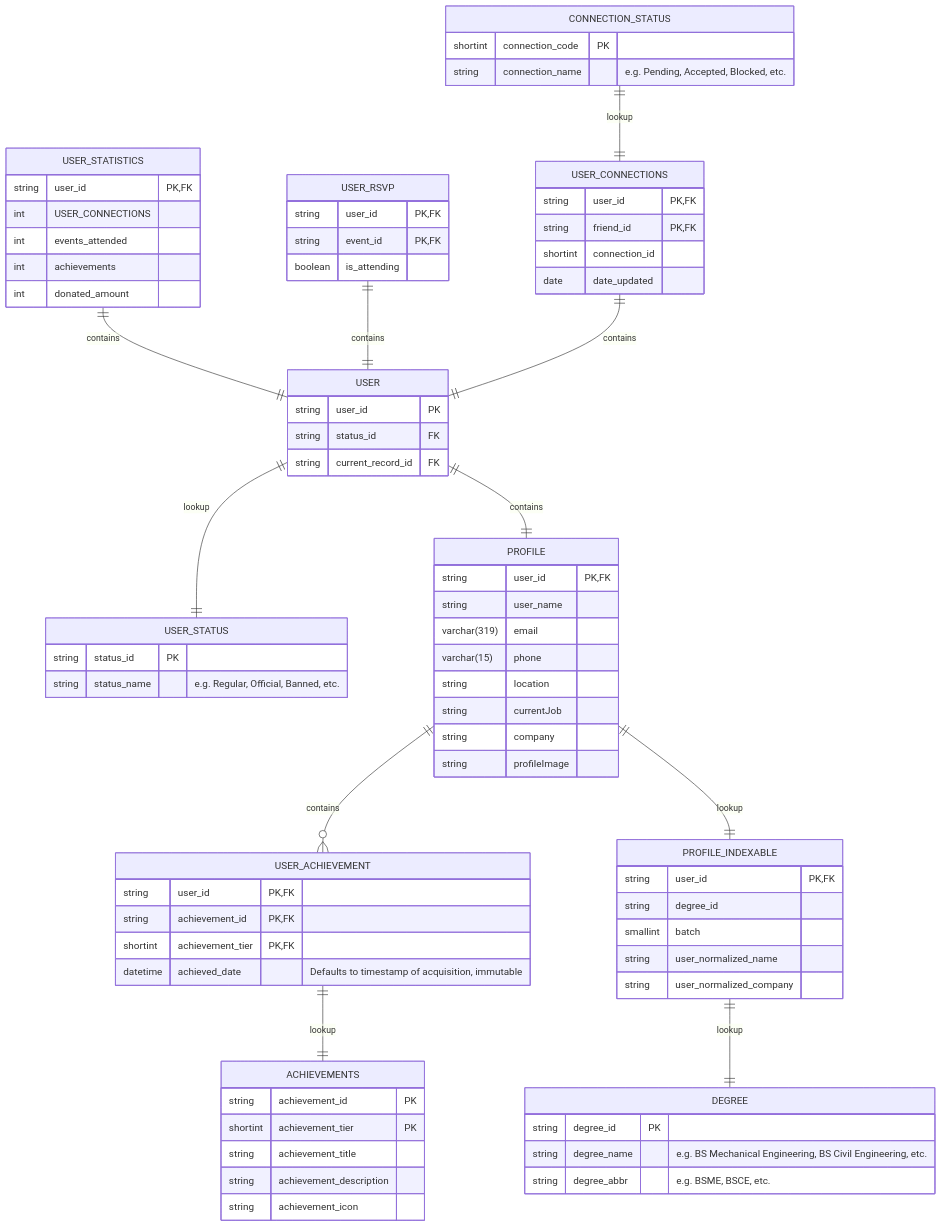
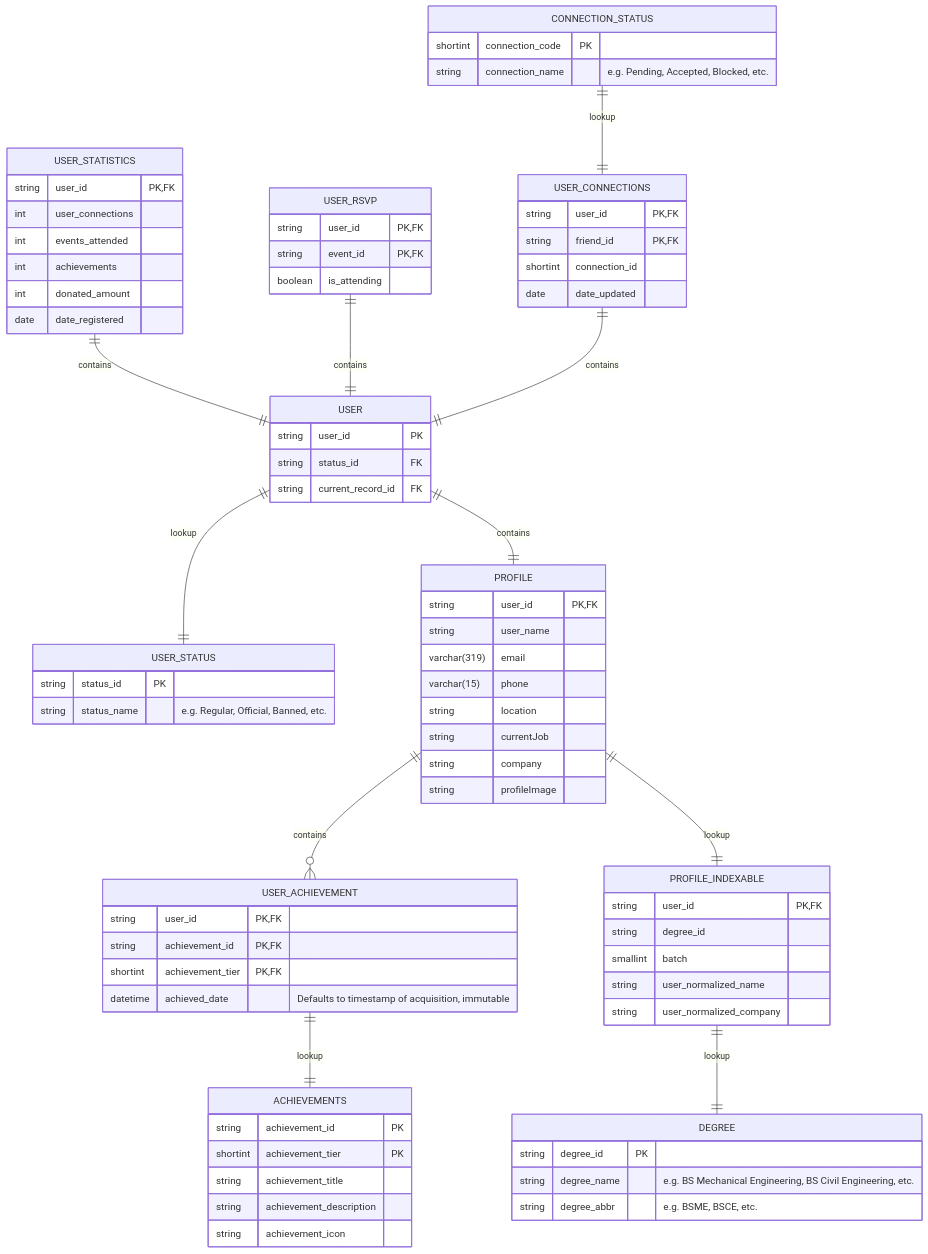
Before and after one commit to joepatricio/sd3-alumni: the diagram in diagrams/personalData.mmd, drawn with Mermaid. The commit also changed 32 other files, not shown here.

```diff
--- a/diagrams/personalData.mmd
+++ b/diagrams/personalData.mmd
@@ -1,87 +1,87 @@
 %% Diagram focuses on the profile-related data
 %% Implement in userMockData.tsx
 erDiagram
     USER ||--|| USER_STATUS : lookup
     USER ||--|| PROFILE: contains
     USER_STATISTICS ||--|| USER: contains
     PROFILE ||--o{ USER_ACHIEVEMENT: contains
     USER_RSVP ||--|| USER: contains
     USER_CONNECTIONS ||--|| USER: contains
     CONNECTION_STATUS ||--|| USER_CONNECTIONS: lookup
     PROFILE_INDEXABLE ||--|| DEGREE: lookup
     PROFILE ||--|| PROFILE_INDEXABLE: lookup
     USER_ACHIEVEMENT ||--|| ACHIEVEMENTS: lookup
     %% Other systems described in other diagrams
     %% USER 1--1+ RECORDS: maintains
     %% USER 1--0+ CONTENT: creates
-    %% USER 1--0+ DONATIONS: makes
 
     %% 1XX - Degree-related
     DEGREE {
         string degree_id PK
         string degree_name "e.g. BS Mechanical Engineering, BS Civil Engineering, etc."
         string degree_abbr "e.g. BSME, BSCE, etc."
     }
     %% 2XX - USER_CONNECTIONS status
     CONNECTION_STATUS {
         shortint connection_code PK
         string connection_name "e.g. Pending, Accepted, Blocked, etc."
     }
     %% 4XX - User-related
     USER_STATUS {
         string status_id PK
         string status_name "e.g. Regular, Official, Banned, etc."
     }
     USER {
         string user_id PK
         string status_id FK
         string current_record_id FK
     }
     USER_ACHIEVEMENT {
         string user_id PK,FK
         string achievement_id PK,FK
         shortint achievement_tier PK,FK
         datetime achieved_date "Defaults to timestamp of acquisition, immutable"
     }
     ACHIEVEMENTS {
         string achievement_id PK
         shortint achievement_tier PK
         string achievement_title
         string achievement_description
         string achievement_icon
     }
     USER_CONNECTIONS {
         string user_id PK,FK
         string friend_id PK,FK
         shortint connection_id
         date date_updated
     }
     USER_RSVP {
         string user_id PK,FK
         string event_id PK,FK
         boolean is_attending
     }
     USER_STATISTICS {
         string user_id PK,FK
-        int USER_CONNECTIONS
+        int user_connections
         int events_attended
         int achievements
         int donated_amount
+        date date_registered
     }
     PROFILE {
         string user_id PK,FK
         string user_name
         varchar(319) email
         varchar(15) phone
         string location
         string currentJob
         string company
         string profileImage
     }
     PROFILE_INDEXABLE {
         string user_id PK,FK
         string degree_id
         smallint batch
         string user_normalized_name
         string user_normalized_company
     }
```
